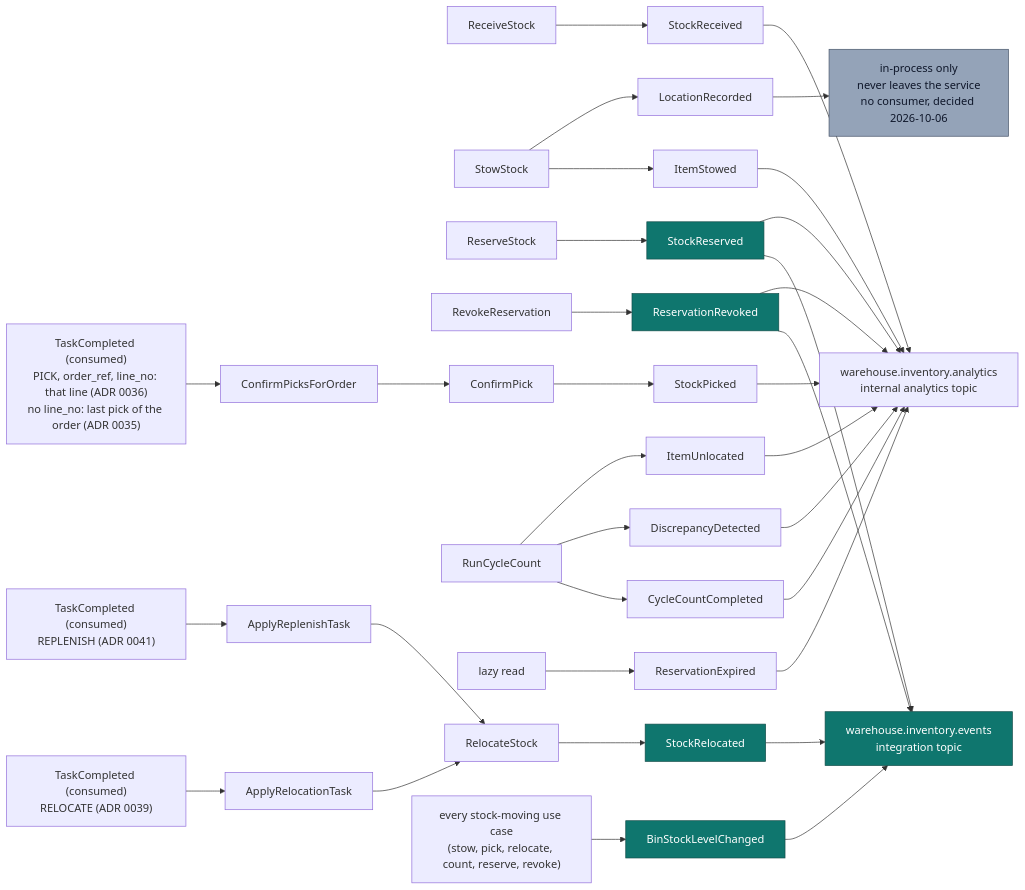
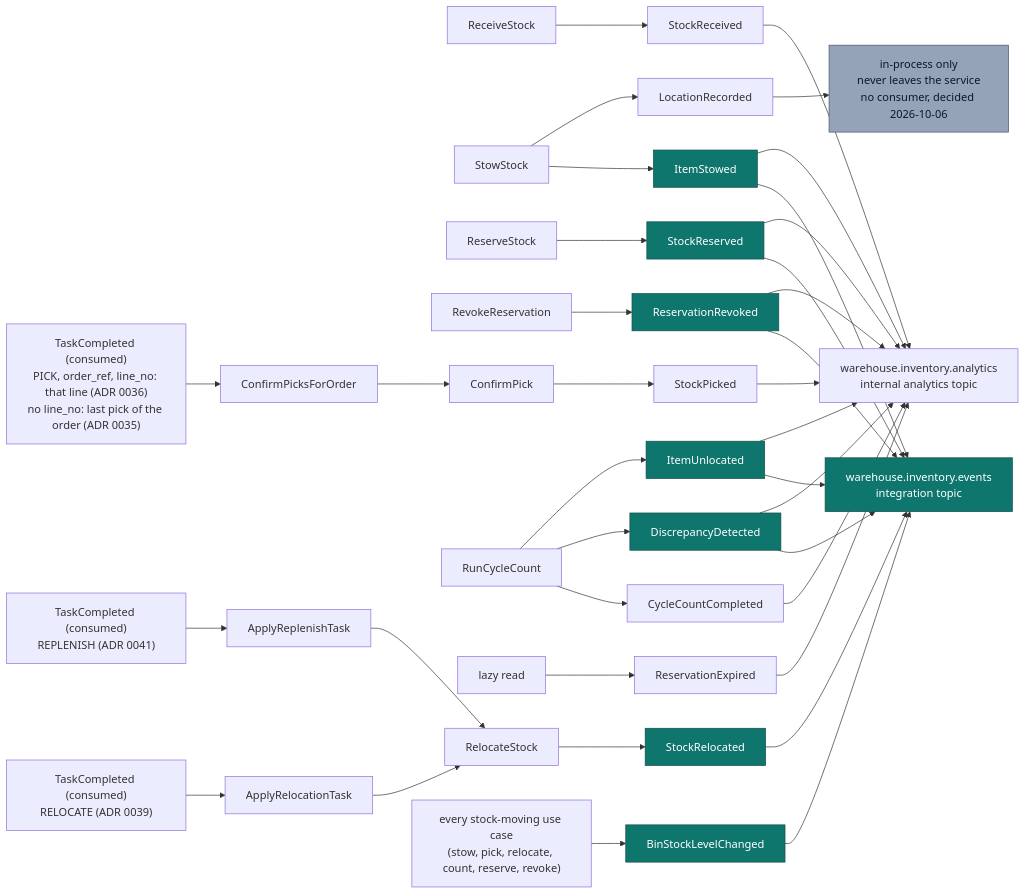
One commit to IQVO/inventory-storage changed the diagram in docs/docs/ddd/domain-events.md. Above: the diagram before and after it, drawn with Mermaid. The commit also changed other lines of this file and 7 other files, not shown here.

````diff
--- a/docs/docs/ddd/domain-events.md
+++ b/docs/docs/ddd/domain-events.md
@@ -45,27 +53,27 @@
 ```mermaid
 flowchart LR
   RS["ReceiveStock"] --> E1["StockReceived"]
   SS["StowStock"] --> E2["ItemStowed"]
   SS --> E3["LocationRecorded"]
   RES["ReserveStock"] --> E4["StockReserved"]
   REV["RevokeReservation"] --> E5["ReservationRevoked"]
   CP["ConfirmPick"] --> E6["StockPicked"]
   TC["TaskCompleted (consumed)<br/>PICK, order_ref, line_no: that line (ADR 0036)<br/>no line_no: last pick of the order (ADR 0035)"] --> CPO["ConfirmPicksForOrder"] --> CP
   CC["RunCycleCount"] --> E7["CycleCountCompleted"]
   CC --> E8["DiscrepancyDetected"]
   CC --> E9["ItemUnlocated"]
   EXP["lazy read"] --> E10["ReservationExpired"]
   TCR["TaskCompleted (consumed)<br/>RELOCATE (ADR 0039)"] --> ART["ApplyRelocationTask"] --> RLS["RelocateStock"]
   TCP["TaskCompleted (consumed)<br/>REPLENISH (ADR 0041)"] --> APT["ApplyReplenishTask"] --> RLS
   RLS --> E12["StockRelocated"]
   LVL["every stock-moving use case<br/>(stow, pick, relocate, count, reserve, revoke)"] --> E13["BinStockLevelChanged"]
 
-  E4 & E5 & E12 & E13 --> KAF["warehouse.inventory.events<br/>integration topic"]
+  E2 & E4 & E5 & E8 & E9 & E12 & E13 --> KAF["warehouse.inventory.events<br/>integration topic"]
   E1 & E2 & E4 & E5 & E6 & E7 & E8 & E9 & E10 --> ANA["warehouse.inventory.analytics<br/>internal analytics topic"]
   E3 --> LOG["in-process only<br/>never leaves the service<br/>no consumer, decided 2026-10-06"]
 
   classDef wired fill:#0f766e,stroke:#134e4a,color:#fff;
   classDef local fill:#94a3b8,stroke:#475569,color:#0f172a;
-  class E4,E5,E12,E13,KAF wired;
+  class E2,E4,E5,E8,E9,E12,E13,KAF wired;
   class LOG local;
 ```
````
